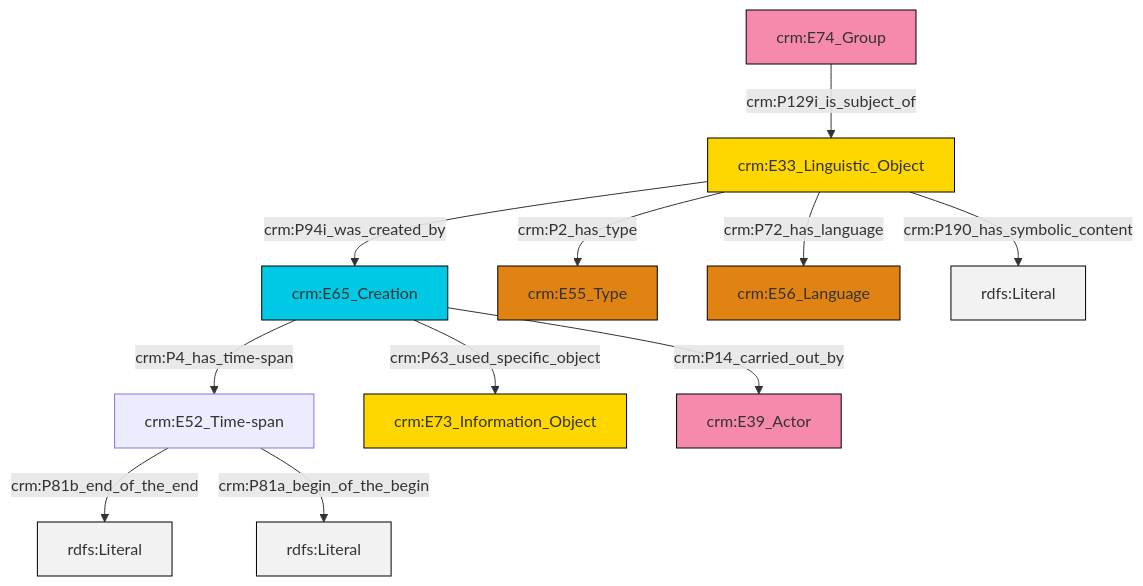
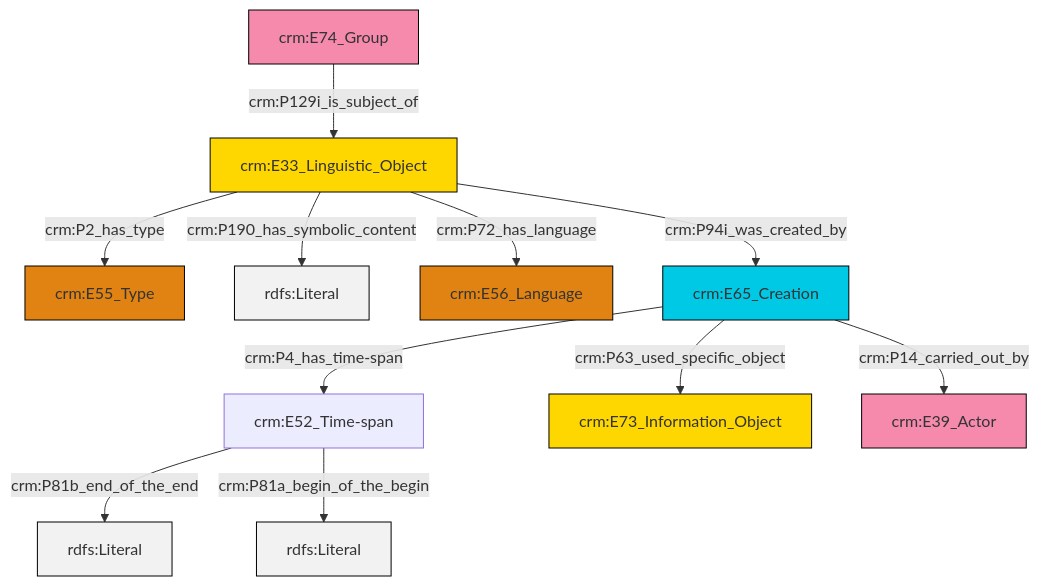
One commit to swiss-art-research-net/docs.swissartresearch changed the diagram in et/groupCSV/ttl/mmd/group_description.ttl.mmd. Above: the diagram before and after it, drawn with Mermaid. The commit also changed 204 other files, not shown here.

```diff
--- a/et/groupCSV/ttl/mmd/group_description.ttl.mmd
+++ b/et/groupCSV/ttl/mmd/group_description.ttl.mmd
@@ -1,25 +1,25 @@
 graph TD
 classDef Literal fill:#f2f2f2,stroke:#000000;
 classDef CRM_Entity fill:#FFFFFF,stroke:#000000;
 classDef Temporal_Entity fill:#00C9E6, stroke:#000000;
 classDef Type fill:#E18312, stroke:#000000;
 classDef Time-Span fill:#2C9C91, stroke:#000000;
 classDef Appellation fill:#FFEB7F, stroke:#000000;
 classDef Place fill:#008836, stroke:#000000;
 classDef Persistent_Item fill:#B266B2, stroke:#000000;
 classDef Conceptual_Object fill:#FFD700, stroke:#000000;
 classDef Physical_Thing fill:#D2B48C, stroke:#000000;
 classDef Actor fill:#f58aad, stroke:#000000;
 classDef PC_Classes fill:#4ce600, stroke:#000000;
 classDef Multi fill:#cccccc,stroke:#000000;
 
-0["crm:E65_Creation"]:::Temporal_Entity -->|crm:P4_has_time-span| 1["crm:E52_Time-span"]:::Default
-4["crm:E33_Linguistic_Object"]:::Conceptual_Object -->|crm:P72_has_language| 6["crm:E56_Language"]:::Type
-1["crm:E52_Time-span"]:::Default -->|crm:P81b_end_of_the_end| 8[rdfs:Literal]:::Literal
-1["crm:E52_Time-span"]:::Default -->|crm:P81a_begin_of_the_begin| 9[rdfs:Literal]:::Literal
-0["crm:E65_Creation"]:::Temporal_Entity -->|crm:P63_used_specific_object| 10["crm:E73_Information_Object"]:::Conceptual_Object
-11["crm:E74_Group"]:::Actor -->|crm:P129i_is_subject_of| 4["crm:E33_Linguistic_Object"]:::Conceptual_Object
-4["crm:E33_Linguistic_Object"]:::Conceptual_Object -->|crm:P190_has_symbolic_content| 12[rdfs:Literal]:::Literal
-4["crm:E33_Linguistic_Object"]:::Conceptual_Object -->|crm:P94i_was_created_by| 0["crm:E65_Creation"]:::Temporal_Entity
-4["crm:E33_Linguistic_Object"]:::Conceptual_Object -->|crm:P2_has_type| 2["crm:E55_Type"]:::Type
-0["crm:E65_Creation"]:::Temporal_Entity -->|crm:P14_carried_out_by| 16["crm:E39_Actor"]:::Actor
+2["crm:E33_Linguistic_Object"]:::Conceptual_Object -->|crm:P190_has_symbolic_content| 3[rdfs:Literal]:::Literal
+4["crm:E74_Group"]:::Actor -->|crm:P129i_is_subject_of| 2["crm:E33_Linguistic_Object"]:::Conceptual_Object
+5["crm:E52_Time-span"]:::Default -->|crm:P81b_end_of_the_end| 6[rdfs:Literal]:::Literal
+5["crm:E52_Time-span"]:::Default -->|crm:P81a_begin_of_the_begin| 9[rdfs:Literal]:::Literal
+12["crm:E65_Creation"]:::Temporal_Entity -->|crm:P4_has_time-span| 5["crm:E52_Time-span"]:::Default
+12["crm:E65_Creation"]:::Temporal_Entity -->|crm:P14_carried_out_by| 14["crm:E39_Actor"]:::Actor
+2["crm:E33_Linguistic_Object"]:::Conceptual_Object -->|crm:P94i_was_created_by| 12["crm:E65_Creation"]:::Temporal_Entity
+2["crm:E33_Linguistic_Object"]:::Conceptual_Object -->|crm:P2_has_type| 0["crm:E55_Type"]:::Type
+2["crm:E33_Linguistic_Object"]:::Conceptual_Object -->|crm:P72_has_language| 7["crm:E56_Language"]:::Type
+12["crm:E65_Creation"]:::Temporal_Entity -->|crm:P63_used_specific_object| 10["crm:E73_Information_Object"]:::Conceptual_Object
```
